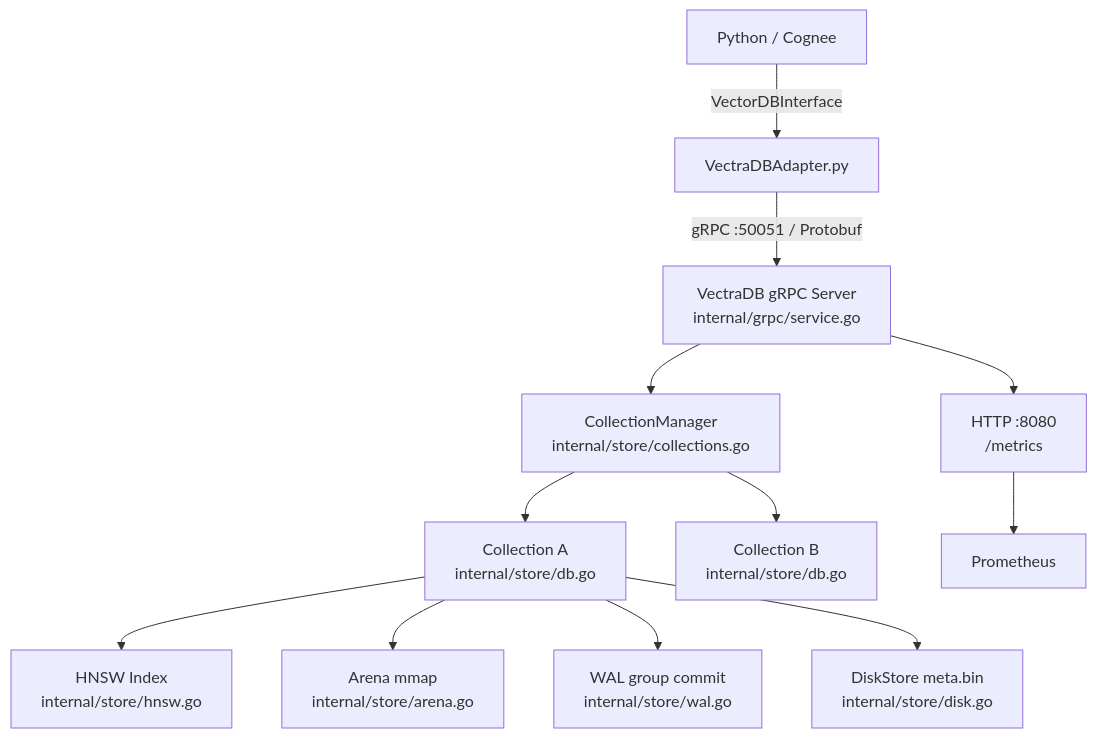
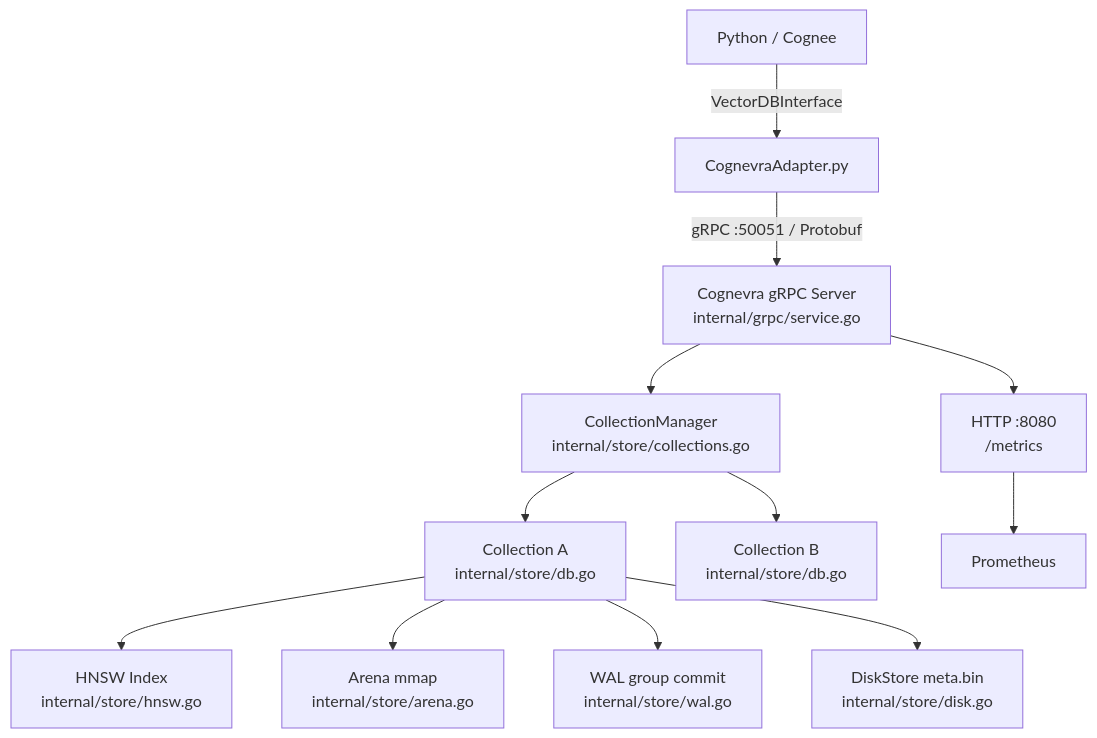
Before and after one commit to Stek0v/Levara: the diagram in ARCHITECTURE.md, drawn with Mermaid. The commit also changed other lines of this file and 9 other files, not shown here.

First line of the commit message:
docs: rebrand all documentation (VectraDB → Cognevra)

````diff
--- a/ARCHITECTURE.md
+++ b/ARCHITECTURE.md
@@ -5,14 +5,14 @@
 ```mermaid
 flowchart TD
-    A[Python / Cognee] -->|VectorDBInterface| B[VectraDBAdapter.py]
-    B -->|gRPC :50051 / Protobuf| C[VectraDB gRPC Server\ninternal/grpc/service.go]
+    A[Python / Cognee] -->|VectorDBInterface| B[CognevraAdapter.py]
+    B -->|gRPC :50051 / Protobuf| C[Cognevra gRPC Server\ninternal/grpc/service.go]
     C --> D[CollectionManager\ninternal/store/collections.go]
     D --> E[Collection A\ninternal/store/db.go]
     D --> F[Collection B\ninternal/store/db.go]
     E --> G[HNSW Index\ninternal/store/hnsw.go]
     E --> H[Arena mmap\ninternal/store/arena.go]
     E --> I[WAL group commit\ninternal/store/wal.go]
     E --> J[DiskStore meta.bin\ninternal/store/disk.go]
     C --> K[HTTP :8080\n/metrics]
     K --> L[Prometheus]
 ```
````
